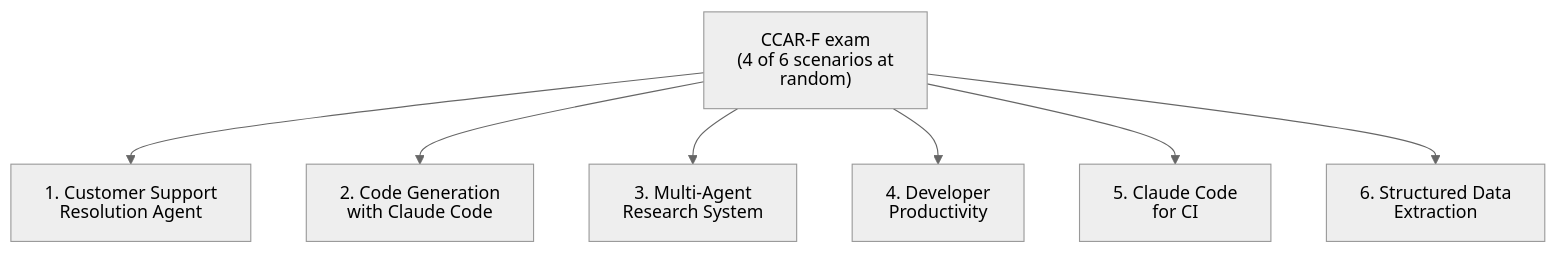
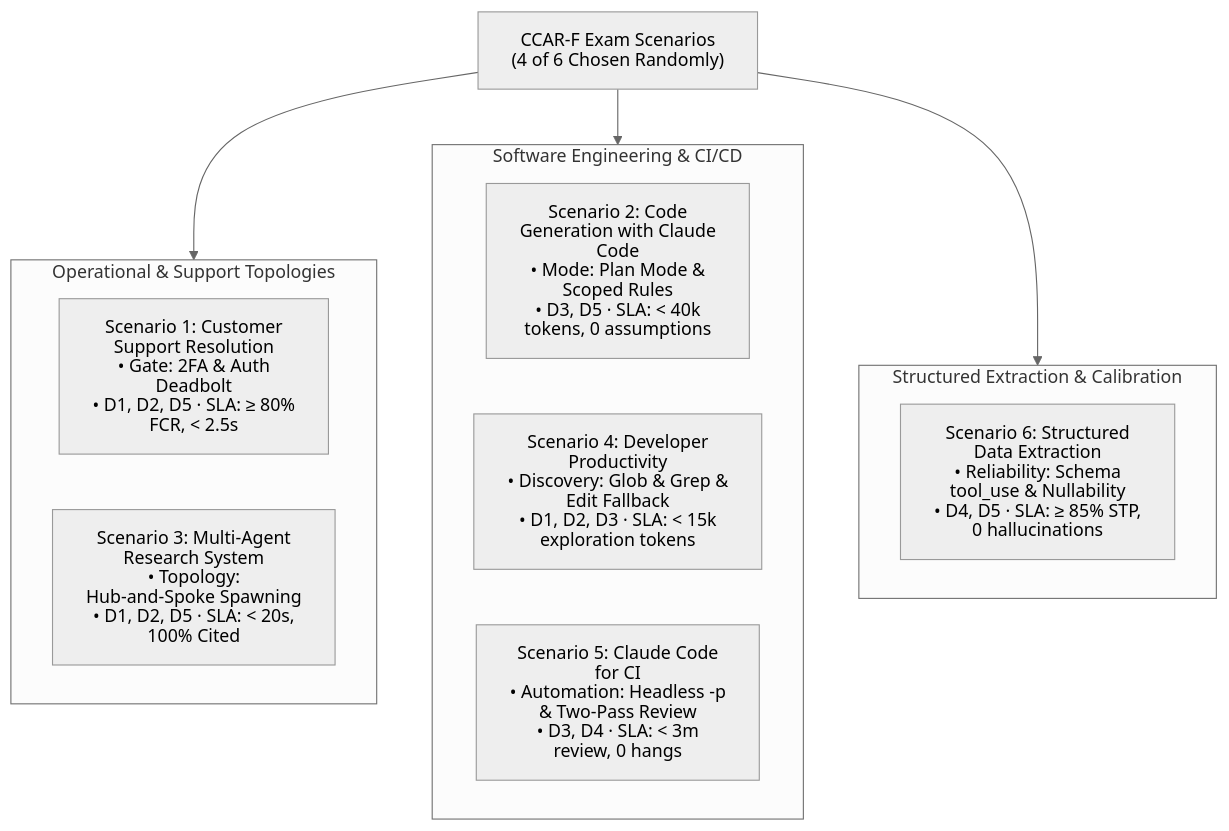
The diagram in scenarios/README.md (dip4k/claude_cert_architect_foundation_prep), drawn with Mermaid (neutral theme) before and after one commit. The commit also changed other lines of this file and 50 other files, not shown here.

````diff
--- a/scenarios/README.md
+++ b/scenarios/README.md
@@ -17,13 +15,27 @@
 ```mermaid
 ---
 config:
   htmlLabels: false
 ---
 flowchart TD
-    Exam["CCAR-F exam<br>(4 of 6 scenarios at random)"] --> S1["1. Customer Support<br>Resolution Agent"]
-    Exam --> S2["2. Code Generation<br>with Claude Code"]
-    Exam --> S3["3. Multi-Agent<br>Research System"]
-    Exam --> S4["4. Developer<br>Productivity"]
-    Exam --> S5["5. Claude Code<br>for CI"]
-    Exam --> S6["6. Structured Data<br>Extraction"]
+    Exam["CCAR-F Exam Scenarios<br>(4 of 6 Chosen Randomly)"]
+    
+    subgraph CoreAgents ["Operational & Support Topologies"]
+        S1["Scenario 1: Customer Support Resolution<br>• Gate: 2FA & Auth Deadbolt<br>• D1, D2, D5 · SLA: &ge; 80% FCR, &lt; 2.5s"]
+        S3["Scenario 3: Multi-Agent Research System<br>• Topology: Hub-and-Spoke Spawning<br>• D1, D2, D5 · SLA: &lt; 20s, 100% Cited"]
+    end
+
+    subgraph DeveloperWorkflows ["Software Engineering & CI/CD"]
+        S2["Scenario 2: Code Generation with Claude Code<br>• Mode: Plan Mode & Scoped Rules<br>• D3, D5 · SLA: &lt; 40k tokens, 0 assumptions"]
+        S4["Scenario 4: Developer Productivity<br>• Discovery: Glob & Grep & Edit Fallback<br>• D1, D2, D3 · SLA: &lt; 15k exploration tokens"]
+        S5["Scenario 5: Claude Code for CI<br>• Automation: Headless -p & Two-Pass Review<br>• D3, D4 · SLA: &lt; 3m review, 0 hangs"]
+    end
+
+    subgraph DataPipelines ["Structured Extraction & Calibration"]
+        S6["Scenario 6: Structured Data Extraction<br>• Reliability: Schema tool_use & Nullability<br>• D4, D5 · SLA: &ge; 85% STP, 0 hallucinations"]
+    end
+
+    Exam --> CoreAgents
+    Exam --> DeveloperWorkflows
+    Exam --> DataPipelines
 ```
````
